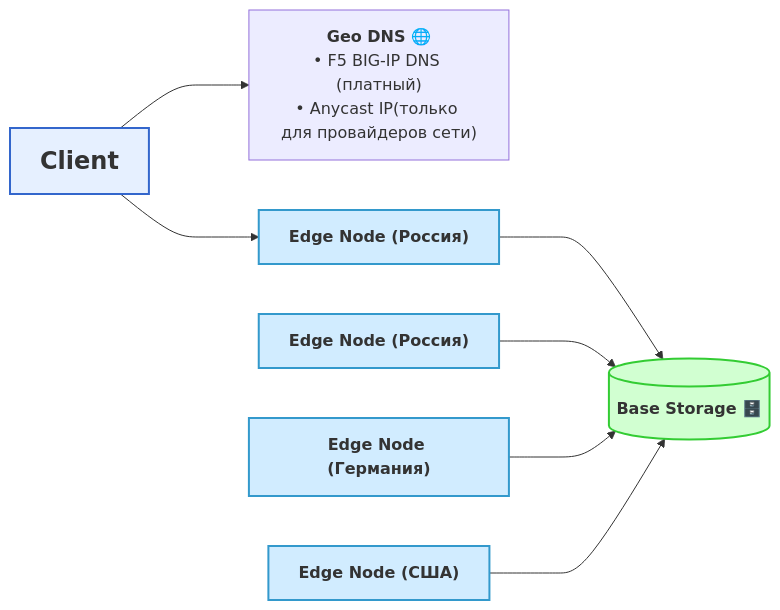
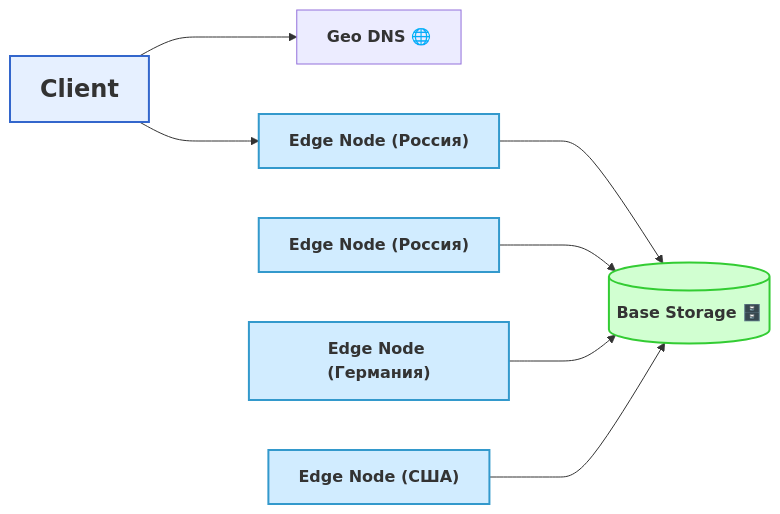
One commit to KmnPetr/SysDesign changed the first of 4 diagrams in sdn.md. Above: the diagram before and after it, drawn with Mermaid. The commit also changed other lines of this file, not shown here.

````diff
--- a/sdn.md
+++ b/sdn.md
@@ -5,35 +19,33 @@
 ```mermaid
 graph LR
 
     CLIENT["<b><font size='5'>Client</font></b>"]
 
-
-    GEO_DNS["<b>Geo DNS 🌐</b><br/>• F5 BIG‑IP DNS (платный)<br/>• Anycast IP(только для провайдеров сети)"]
-
+    GEO_DNS["<b>Geo DNS 🌐</b>"]
 
     EDGE_NODE1["<b>Edge Node (Россия)</b>"]
     EDGE_NODE2["<b>Edge Node (Россия)</b>"]
     EDGE_NODE3["<b>Edge Node (Германия)</b>"]
     EDGE_NODE4["<b>Edge Node (США)</b>"]
 
     BASE_STORAGE[("<b>Base Storage 🗄️</b>")]
 
     
     CLIENT ---> GEO_DNS
     CLIENT ---> EDGE_NODE1
 
     EDGE_NODE1 ---> BASE_STORAGE
     EDGE_NODE2 ---> BASE_STORAGE
     EDGE_NODE3 ---> BASE_STORAGE
     EDGE_NODE4 ---> BASE_STORAGE
 
 
 
     style EDGE_NODE1 fill:#d1ecff,stroke:#3399cc,stroke-width:2px
     style EDGE_NODE2 fill:#d1ecff,stroke:#3399cc,stroke-width:2px
     style EDGE_NODE3 fill:#d1ecff,stroke:#3399cc,stroke-width:2px
     style EDGE_NODE4 fill:#d1ecff,stroke:#3399cc,stroke-width:2px
     style CLIENT fill:#e6f0ff,stroke:#3366cc,stroke-width:2px
     style BASE_STORAGE fill:#d1ffd1,stroke:#33cc33,stroke-width:2px
 
 ```
````
